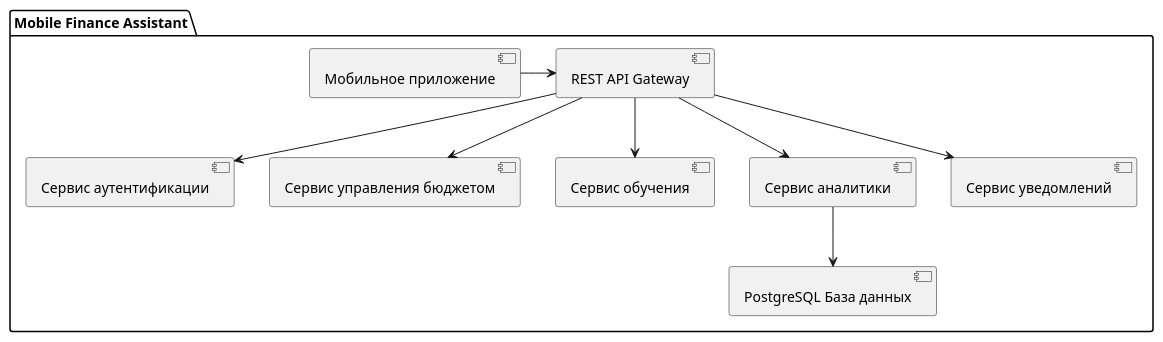
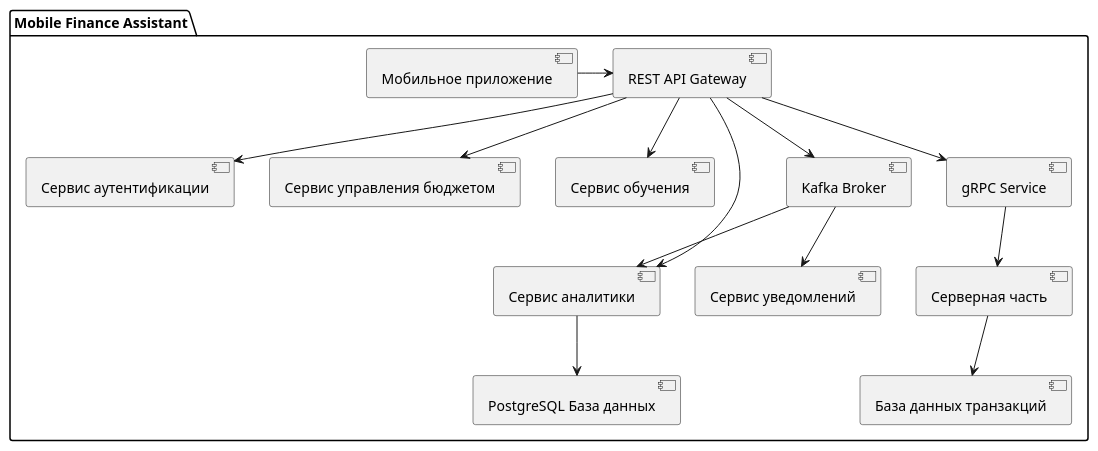
The second of 4 diagrams in my-website/docs/Architecture/architec.md (Embim/Mobilefinass), drawn with PlantUML before and after one commit. The commit also changed other lines of this file and 8 other files, not shown here.

````diff
--- a/my-website/docs/Architecture/architec.md
+++ b/my-website/docs/Architecture/architec.md
@@ -36,13 +44,18 @@
 ```plantuml
 @startuml
 package "Mobile Finance Assistant" {
   [Мобильное приложение] -right-> [REST API Gateway]
   [REST API Gateway] --> [Сервис аутентификации]
   [REST API Gateway] --> [Сервис управления бюджетом]
   [REST API Gateway] --> [Сервис обучения]
   [REST API Gateway] --> [Сервис аналитики]
-  [REST API Gateway] --> [Сервис уведомлений]
+  [REST API Gateway] --> [Kafka Broker]
+  [Kafka Broker] --> [Сервис аналитики]
+  [Kafka Broker] --> [Сервис уведомлений]
   [Сервис аналитики] --> [PostgreSQL База данных]
+  [REST API Gateway] --> [gRPC Service]
+  [gRPC Service] --> [Серверная часть]
+  [Серверная часть] --> [База данных транзакций]
 }
 @enduml
 ```
````
